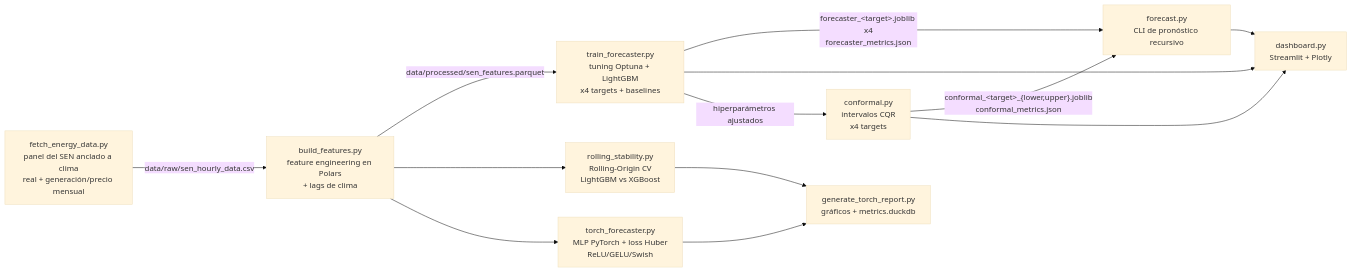
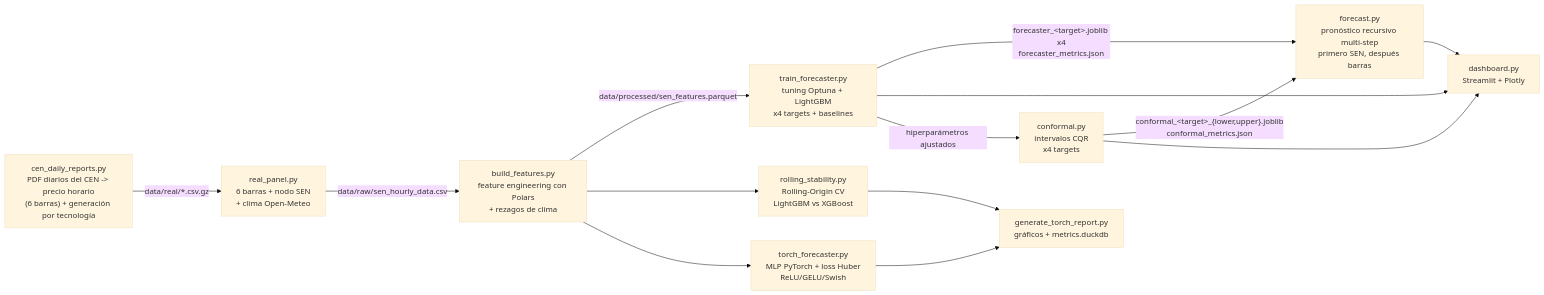
Before and after one commit to Rxyxs/chile-energy-grid-forecasting: the diagram in README.es.md, drawn with Mermaid (base theme). The commit also changed other lines of this file and 41 other files, not shown here.

````diff
--- a/README.es.md
+++ b/README.es.md
@@ -66,15 +74,16 @@
 ```mermaid
 flowchart LR
-    A["fetch_energy_data.py\npanel del SEN anclado a clima\nreal + generación/precio mensual"] -->|"data/raw/sen_hourly_data.csv"| B["build_features.py\nfeature engineering en Polars\n+ lags de clima"]
+    R["cen_daily_reports.py\nPDF diarios del CEN -> precio horario\n(6 barras) + generación por tecnología"] -->|"data/real/*.csv.gz"| A["real_panel.py\n6 barras + nodo SEN\n+ clima Open-Meteo"]
+    A -->|"data/raw/sen_hourly_data.csv"| B["build_features.py\nfeature engineering con Polars\n+ rezagos de clima"]
     B -->|"data/processed/sen_features.parquet"| C["train_forecaster.py\ntuning Optuna + LightGBM\nx4 targets + baselines"]
     B --> G["rolling_stability.py\nRolling-Origin CV\nLightGBM vs XGBoost"]
     B --> H["torch_forecaster.py\nMLP PyTorch + loss Huber\nReLU/GELU/Swish"]
-    C -->|"forecaster_&lt;target&gt;.joblib x4\nforecaster_metrics.json"| D["forecast.py\nCLI de pronóstico recursivo"]
+    C -->|"forecaster_&lt;target&gt;.joblib x4\nforecaster_metrics.json"| D["forecast.py\npronóstico recursivo multi-step\nprimero SEN, después barras"]
     C --> E["dashboard.py\nStreamlit + Plotly"]
     C -->|"hiperparámetros ajustados"| J["conformal.py\nintervalos CQR\nx4 targets"]
     H --> I["generate_torch_report.py\ngráficos + metrics.duckdb"]
     G --> I
     J -->|"conformal_&lt;target&gt;_{lower,upper}.joblib\nconformal_metrics.json"| D
     J --> E
     D --> E
 ```
````
